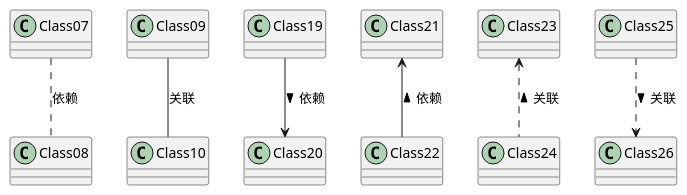
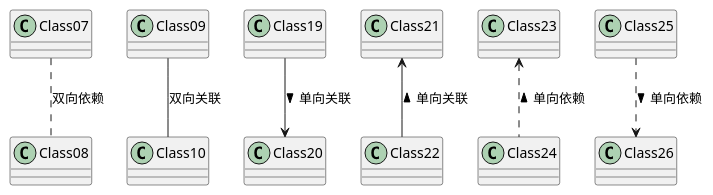
Before and after one commit to EugeneJao/frontend_engineering_doc: diagram 28 of 52 in docs/demo/graph.md, drawn with PlantUML. The commit also changed other lines of this file and 6 other files, not shown here.

Commit message:
增加webpack源码和相关概念流程图

```diff
--- a/docs/demo/graph.md
+++ b/docs/demo/graph.md
@@ -696,8 +696,8 @@
 @startuml
-Class07 .. Class08: 依赖
-Class09 -- Class10: 关联
-Class19 --> Class20: 依赖 >
-Class21 <-- Class22: 依赖 <
-Class23 <.. Class24: 关联 <
-Class25 ..> Class26: 关联 >
+Class07 .. Class08: 双向依赖
+Class09 -- Class10: 双向关联
+Class19 --> Class20: 单向关联 >
+Class21 <-- Class22: 单向关联 <
+Class23 <.. Class24: 单向依赖 <
+Class25 ..> Class26: 单向依赖 >
 @enduml
```
